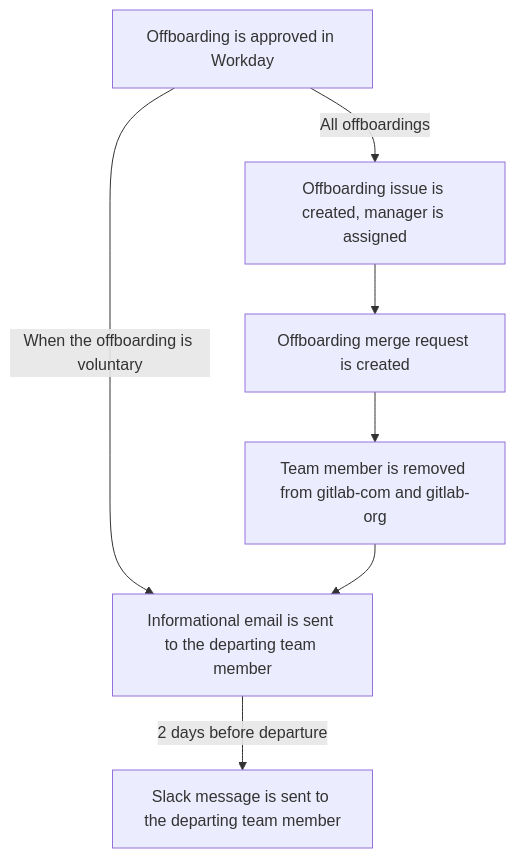
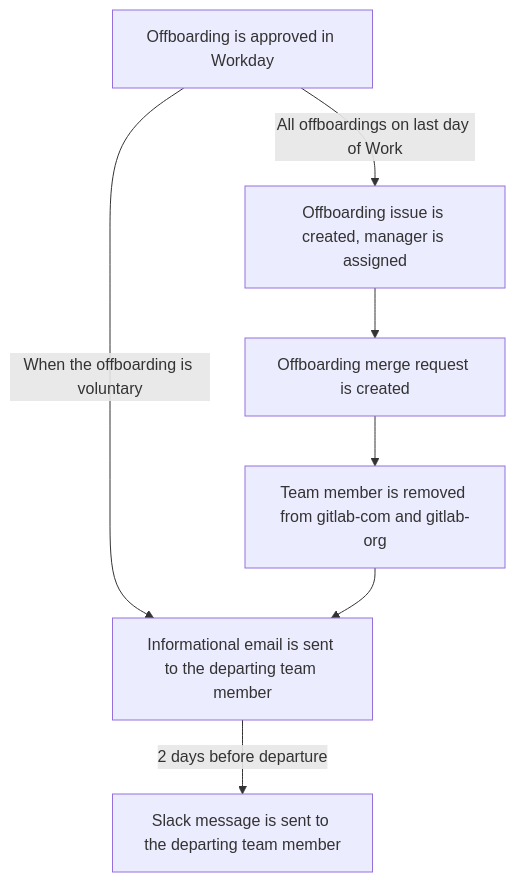
One commit to secretstartups/handbook changed the diagram in content/handbook/people-group/engineering/offboarding.md. Above: the diagram before and after it, drawn with Mermaid. The commit also changed other lines of this file, not shown here.

Commit message:
Add scheduled offboarding automation overview

````diff
--- a/content/handbook/people-group/engineering/offboarding.md
+++ b/content/handbook/people-group/engineering/offboarding.md
@@ -14,10 +14,10 @@
 ```mermaid
 graph TD
-  A[Offboarding is approved in Workday] --> |All offboardings| B
+  A[Offboarding is approved in Workday] --> |All offboardings on last day of Work| B
   A --> |When the offboarding is voluntary| G
   B[Offboarding issue is created, manager is assigned] --> C
   C[Offboarding merge request is created] --> D
   D[Team member is removed from gitlab-com and gitlab-org] --> G
   G[Informational email is sent to the departing team member] --> |2 days before departure| H
   H[Slack message is sent to the departing team member]
 ```
````
